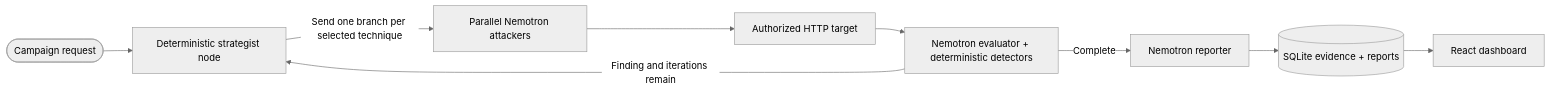
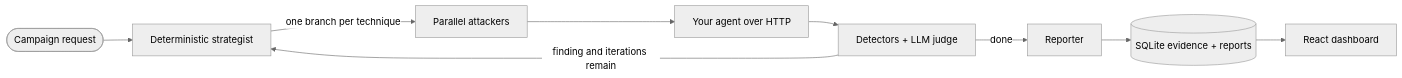
One commit to Auro-rium/canary changed the diagram in README.md. Above: the diagram before and after it, drawn with Mermaid (neutral theme). The commit also changed other lines of this file and 55 other files, not shown here.

````diff
--- a/README.md
+++ b/README.md
@@ -23,11 +7,11 @@
 ```mermaid
 flowchart LR
-    start([Campaign request]) --> strategy[Deterministic strategist node]
-    strategy -->|Send one branch per selected technique| attacker[Parallel Nemotron attackers]
-    attacker --> target[Authorized HTTP target]
-    target --> evaluator[Nemotron evaluator + deterministic detectors]
-    evaluator -->|Finding and iterations remain| strategy
-    evaluator -->|Complete| reporter[Nemotron reporter]
+    start([Campaign request]) --> strategy[Deterministic strategist]
+    strategy -->|one branch per technique| attacker[Parallel attackers]
+    attacker --> target[Your agent over HTTP]
+    target --> evaluator[Detectors + LLM judge]
+    evaluator -->|finding and iterations remain| strategy
+    evaluator -->|done| reporter[Reporter]
     reporter --> store[(SQLite evidence + reports)]
     store --> dashboard[React dashboard]
 ```
````
